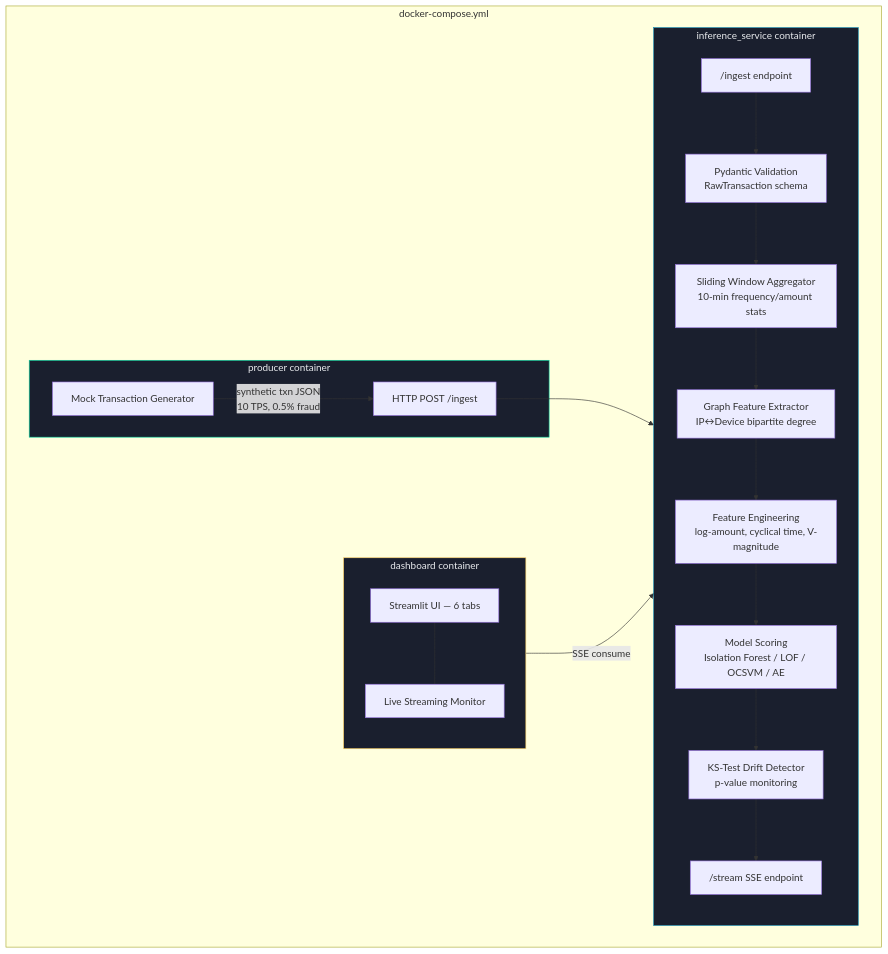
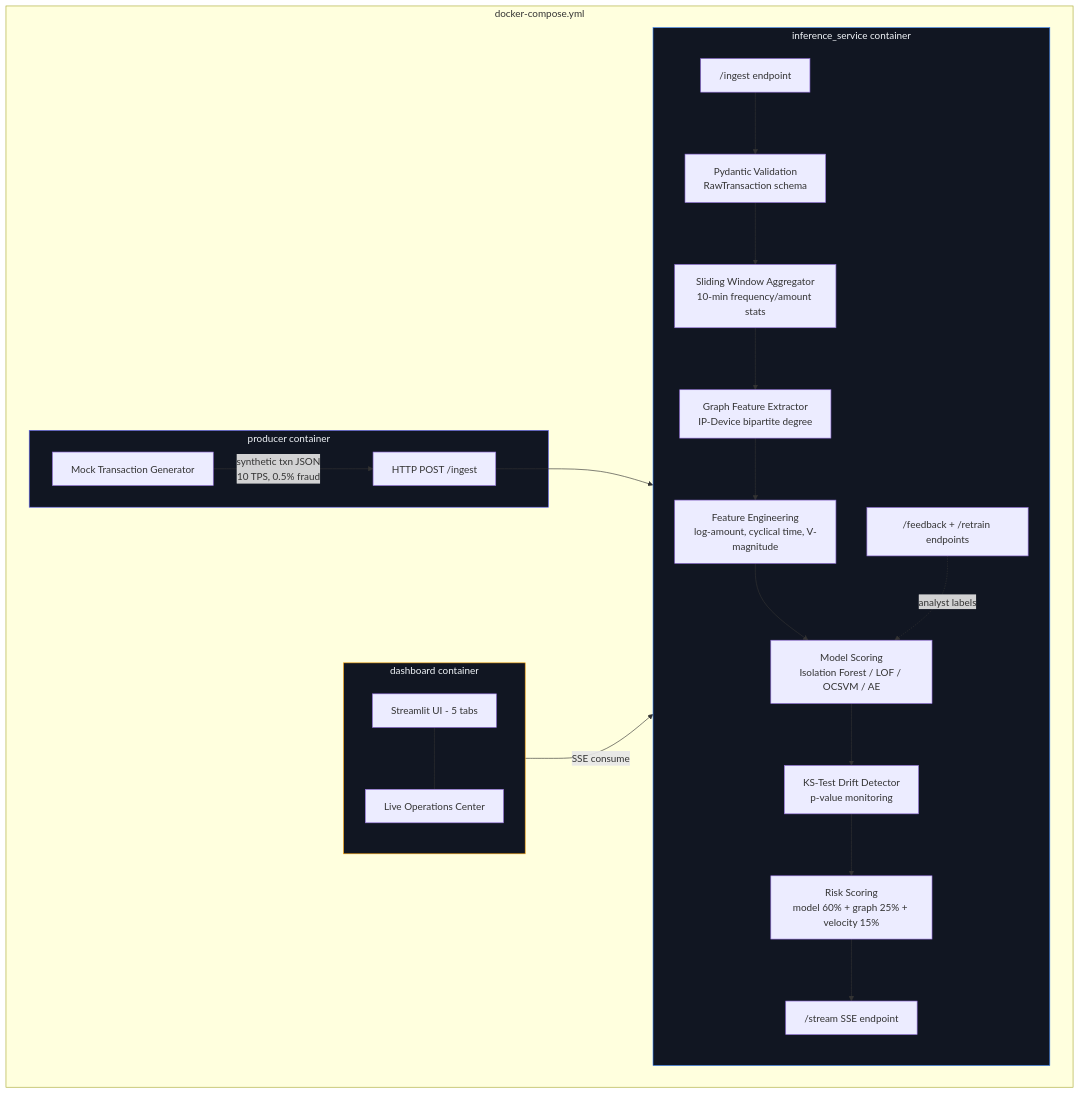
One commit to sanjitmathur/distributed-anomaly-rca changed the diagram in README.md. Above: the diagram before and after it, drawn with Mermaid. The commit also changed other lines of this file and 11 other files, not shown here.

````diff
--- a/README.md
+++ b/README.md
@@ -17,38 +21,41 @@
 ```mermaid
 flowchart TB
     subgraph Docker["docker-compose.yml"]
 
         subgraph Producer["producer container"]
             PG[Mock Transaction Generator]
             PG -->|"synthetic txn JSON<br/>10 TPS, 0.5% fraud"| POST[HTTP POST /ingest]
         end
 
         subgraph Inference["inference_service container"]
             direction TB
             INGEST["/ingest endpoint"]
             VAL[Pydantic Validation<br/>RawTransaction schema]
             SW[Sliding Window Aggregator<br/>10-min frequency/amount stats]
-            GF[Graph Feature Extractor<br/>IP↔Device bipartite degree]
+            GF[Graph Feature Extractor<br/>IP-Device bipartite degree]
             FE[Feature Engineering<br/>log-amount, cyclical time, V-magnitude]
             MODEL[Model Scoring<br/>Isolation Forest / LOF / OCSVM / AE]
             DRIFT[KS-Test Drift Detector<br/>p-value monitoring]
+            RISK[Risk Scoring<br/>model 60% + graph 25% + velocity 15%]
             SSE["/stream SSE endpoint"]
+            FB["/feedback + /retrain endpoints"]
 
-            INGEST --> VAL --> SW --> GF --> FE --> MODEL --> DRIFT --> SSE
+            INGEST --> VAL --> SW --> GF --> FE --> MODEL --> DRIFT --> RISK --> SSE
+            FB -.->|analyst labels| MODEL
         end
 
         subgraph Dashboard["dashboard container"]
             direction TB
-            ST[Streamlit UI — 6 tabs]
-            T6[Live Streaming Monitor]
-            ST --- T6
-            T6 -->|"SSE consume"| SSE
+            ST[Streamlit UI - 5 tabs]
+            T4[Live Operations Center]
+            ST --- T4
+            T4 -->|"SSE consume"| SSE
         end
 
         POST --> INGEST
     end
 
-    style Producer fill:#1a1f2e,stroke:#06d6a0,color:#e8eaed
-    style Inference fill:#1a1f2e,stroke:#118ab2,color:#e8eaed
-    style Dashboard fill:#1a1f2e,stroke:#ffd166,color:#e8eaed
+    style Producer fill:#111622,stroke:#6366f1,color:#f1f5f9
+    style Inference fill:#111622,stroke:#3b82f6,color:#f1f5f9
+    style Dashboard fill:#111622,stroke:#f59e0b,color:#f1f5f9
 ```
````
